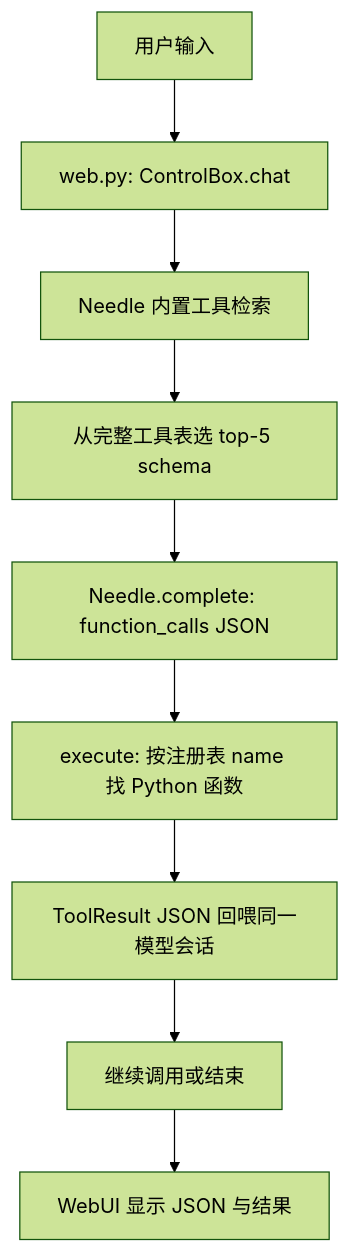
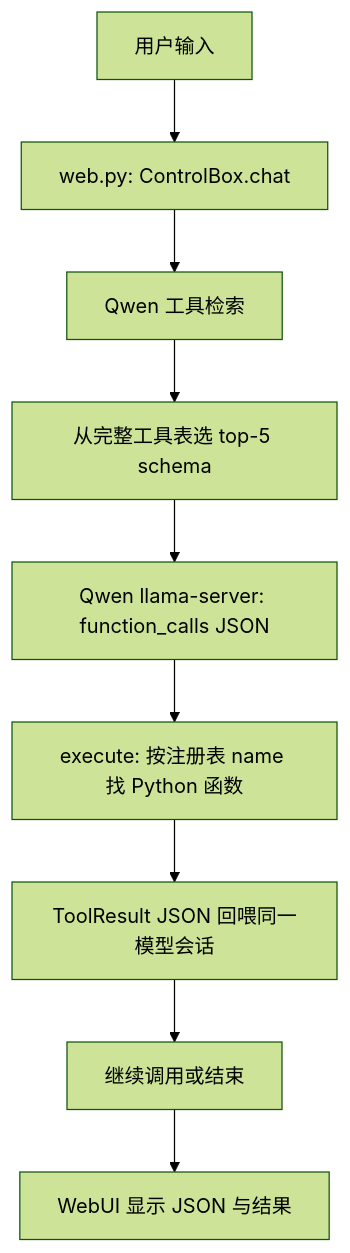
One commit to jdai86715-sketch/ai-control-box changed the diagram in README.md. Above: the diagram before and after it, drawn with Mermaid (forest theme). The commit also changed other lines of this file and 18 other files, not shown here.

````diff
--- a/README.md
+++ b/README.md
@@ -44,11 +44,11 @@
 ```mermaid
 flowchart TD
     A[用户输入] --> B[web.py: ControlBox.chat]
-    B --> C[Needle 内置工具检索]
+    B --> C[Qwen 工具检索]
     C --> D[从完整工具表选 top-5 schema]
-    D --> E[Needle.complete: function_calls JSON]
+    D --> E[Qwen llama-server: function_calls JSON]
     E --> F[execute: 按注册表 name 找 Python 函数]
     F --> G[ToolResult JSON 回喂同一模型会话]
     G --> H[继续调用或结束]
     H --> I[WebUI 显示 JSON 与结果]
 ```
````
